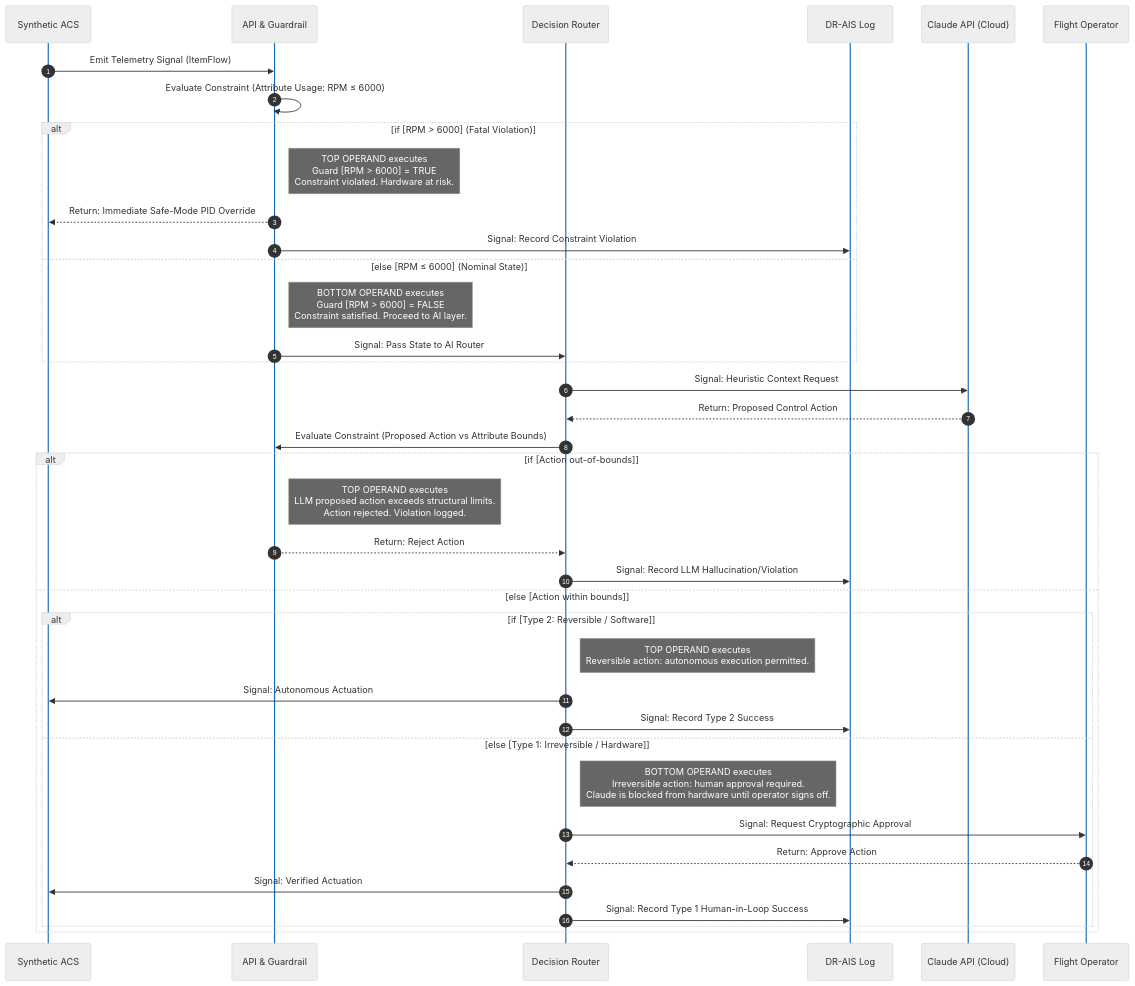
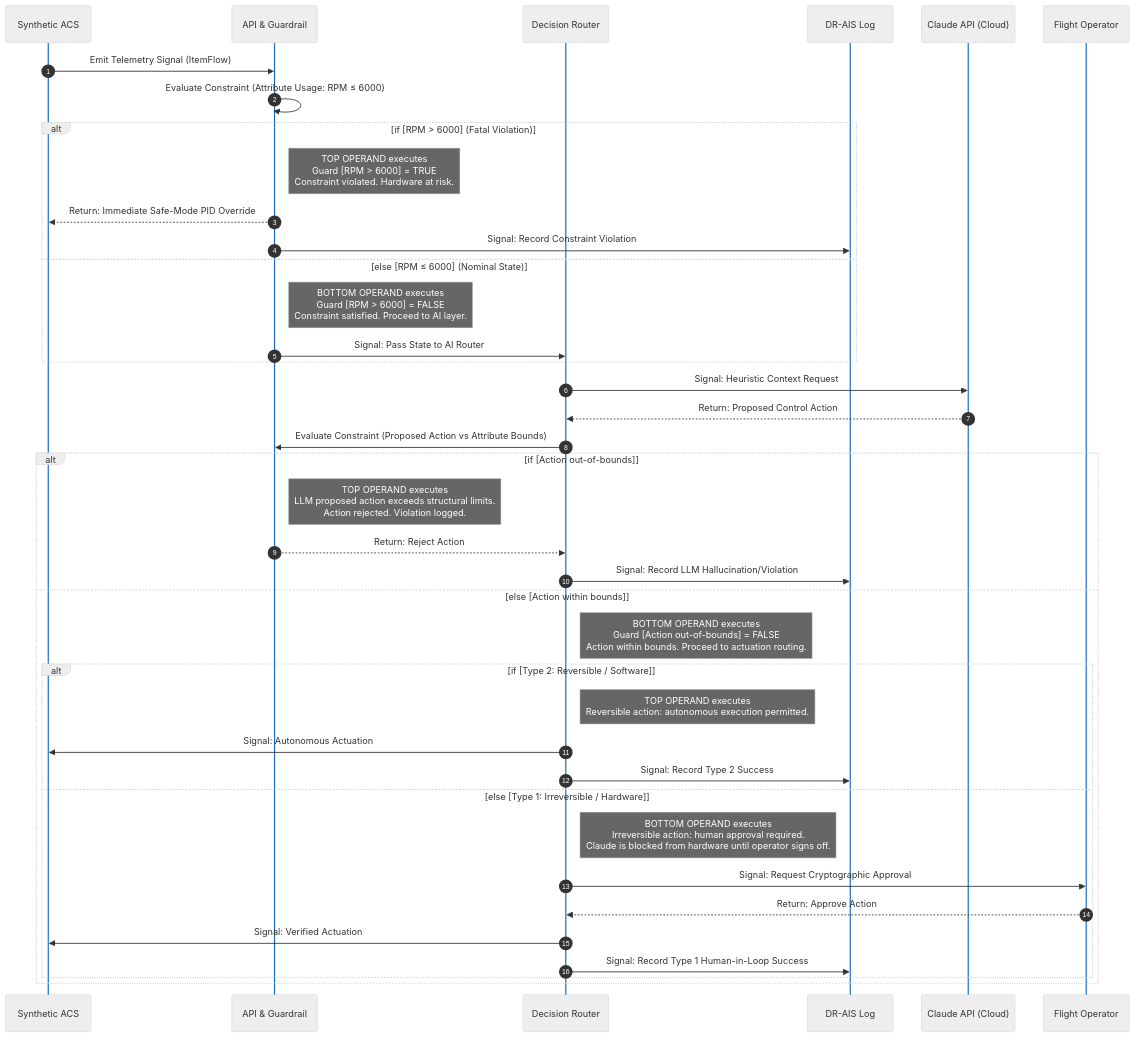
Before and after one commit to camirian/safe-acs: the third of 4 diagrams in ARCHITECTURE.md, drawn with Mermaid.

Commit message:
docs: add missing BOTTOM OPERAND note to second alt block for completeness

````diff
--- a/ARCHITECTURE.md
+++ b/ARCHITECTURE.md
@@ -87,47 +87,48 @@
 ```mermaid
 %%{init: {'theme': 'neutral', 'themeVariables': { 'altBackground': 'rgba(220, 235, 255, 0.5)', 'actorLineColor': '#1168bd'}}}%%
 sequenceDiagram
     autonumber
     
     participant Sim as Synthetic ACS
     participant Edge as API & Guardrail
     participant Router as Decision Router
     participant Log as DR-AIS Log
     participant Claude as Claude API (Cloud)
     participant Human as Flight Operator
     
     Sim->>Edge: Emit Telemetry Signal (ItemFlow)
     Edge->>Edge: Evaluate Constraint (Attribute Usage: RPM ≤ 6000)
     
     alt if [RPM > 6000] (Fatal Violation)
         Note right of Edge: TOP OPERAND executes<br/>Guard [RPM > 6000] = TRUE<br/>Constraint violated. Hardware at risk.
         Edge-->>Sim: Return: Immediate Safe-Mode PID Override
         Edge->>Log: Signal: Record Constraint Violation
     else else [RPM ≤ 6000] (Nominal State)
         Note right of Edge: BOTTOM OPERAND executes<br/>Guard [RPM > 6000] = FALSE<br/>Constraint satisfied. Proceed to AI layer.
         Edge->>Router: Signal: Pass State to AI Router
     end
     
     Router->>Claude: Signal: Heuristic Context Request
     Claude-->>Router: Return: Proposed Control Action
     
     Router->>Edge: Evaluate Constraint (Proposed Action vs Attribute Bounds)
     
     alt if [Action out-of-bounds]
         Note right of Edge: TOP OPERAND executes<br/>LLM proposed action exceeds structural limits.<br/>Action rejected. Violation logged.
         Edge-->>Router: Return: Reject Action
         Router->>Log: Signal: Record LLM Hallucination/Violation
     else else [Action within bounds]
+        Note right of Router: BOTTOM OPERAND executes<br/>Guard [Action out-of-bounds] = FALSE<br/>Action within bounds. Proceed to actuation routing.
         alt if [Type 2: Reversible / Software]
             Note right of Router: TOP OPERAND executes<br/>Reversible action: autonomous execution permitted.
             Router->>Sim: Signal: Autonomous Actuation
             Router->>Log: Signal: Record Type 2 Success
         else else [Type 1: Irreversible / Hardware]
             Note right of Router: BOTTOM OPERAND executes<br/>Irreversible action: human approval required.<br/>Claude is blocked from hardware until operator signs off.
             Router->>Human: Signal: Request Cryptographic Approval
             Human-->>Router: Return: Approve Action
             Router->>Sim: Signal: Verified Actuation
             Router->>Log: Signal: Record Type 1 Human-in-Loop Success
         end
     end
 ```
````
